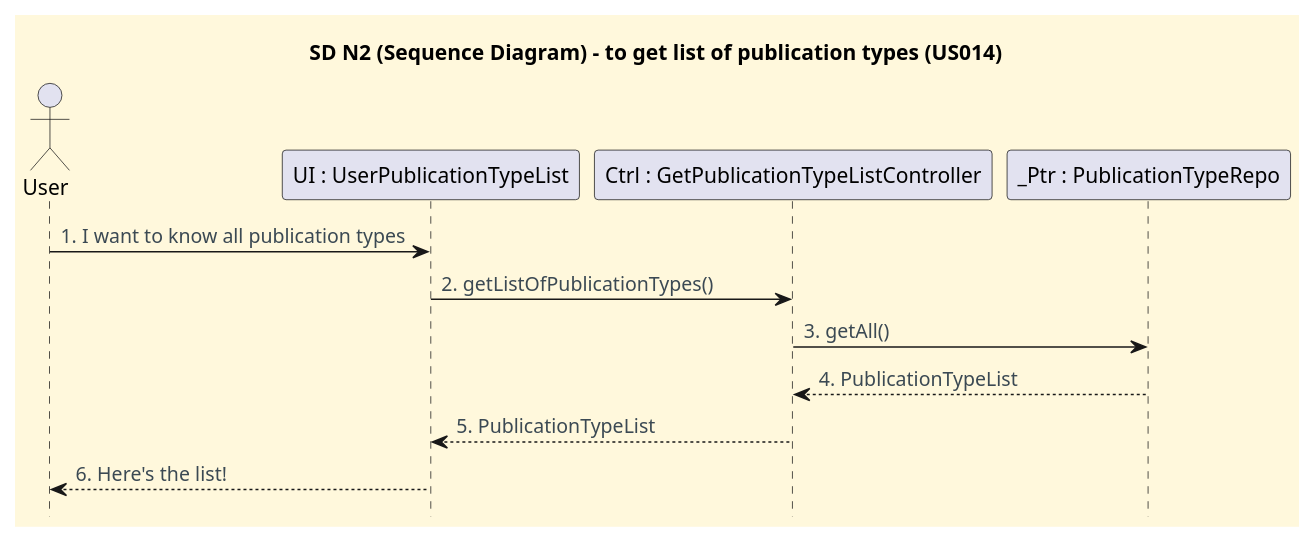
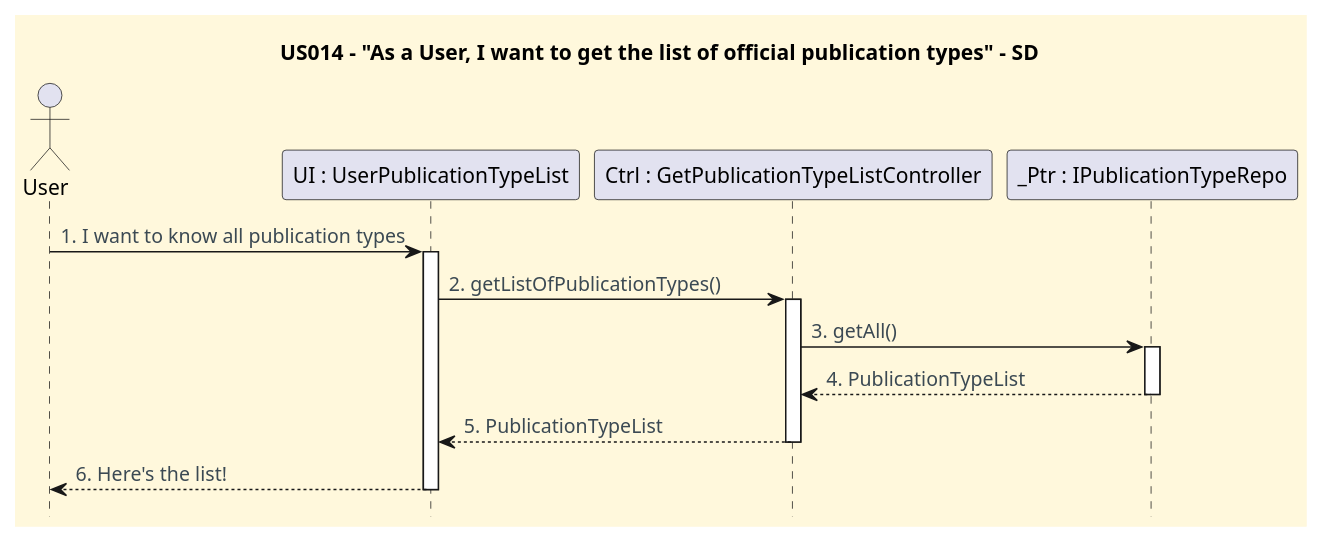
The diagram in docs/userStories/US014/US014_get_all_publication_types_SD.puml (CarolinaLeite-collab/JavaMarketplacePlatform), drawn with PlantUML before and after one commit. The commit also changed 1 other file, not shown here.

```diff
--- a/docs/userStories/US014/US014_get_all_publication_types_SD.puml
+++ b/docs/userStories/US014/US014_get_all_publication_types_SD.puml
@@ -1,30 +1,36 @@
 @startuml
-title SD N2 (Sequence Diagram) - to get list of publication types (US014)
+title US014 - "As a User, I want to get the list of official publication types" - SD
 
 '==== basic style ====
 skinparam monochrome false
 skinparam shadowing false
 skinparam defaultFontName Futura
 skinparam objectFontSize 20
 skinparam backgroundColor CornSilk
 skinparam objectBackgroundColor WhiteSmoke
 skinparam noteBackgroundColor #FFFFE0
 skinparam ArrowFontColor #3B4953
 skinparam ActivationBackgroundColor black
 hidefootbox
 
 actor User
 
 participant "UI : UserPublicationTypeList" as UI
 participant "Ctrl : GetPublicationTypeListController" as CTRL
-participant "_Ptr : PublicationTypeRepo" as SVC
+participant "_Ptr : IPublicationTypeRepo" as PTR
 
 User -> UI : 1. I want to know all publication types
+Activate UI
 UI -> CTRL : 2. getListOfPublicationTypes()
-CTRL -> SVC : 3. getAll()
+Activate CTRL
+CTRL -> PTR : 3. getAll()
+Activate PTR
 
-SVC --> CTRL : 4. PublicationTypeList
+PTR --> CTRL : 4. PublicationTypeList
+Deactivate PTR
 CTRL --> UI : 5. PublicationTypeList
+Deactivate CTRL
 UI --> User : 6. Here's the list!
+Deactivate UI
 
 @enduml
```
